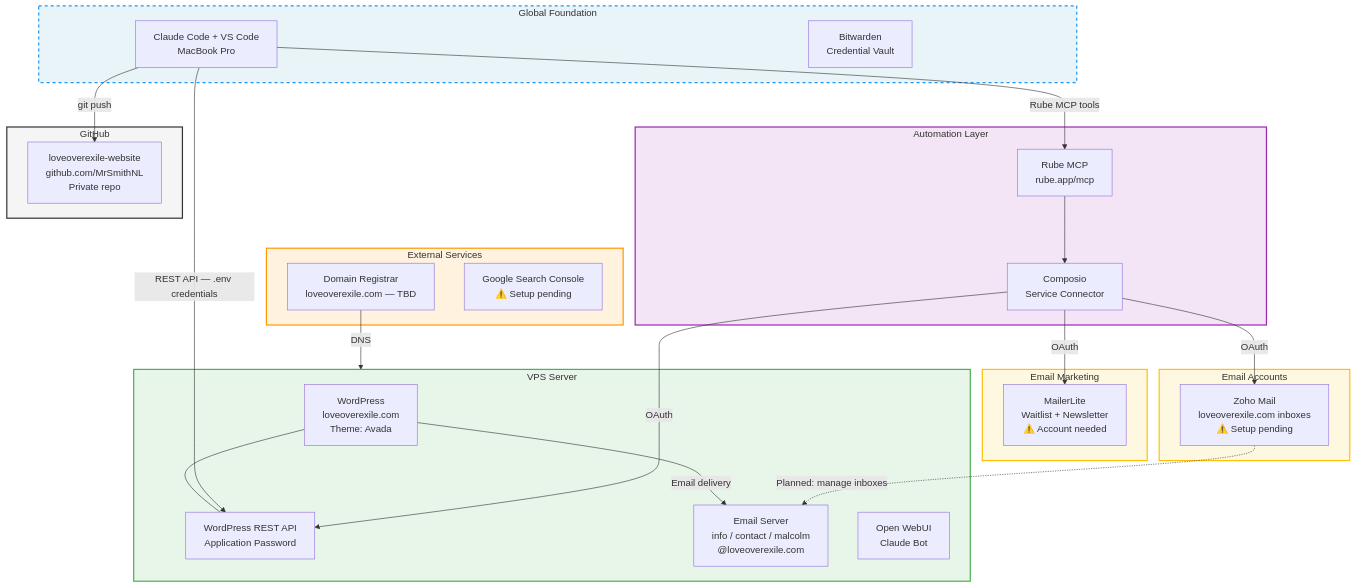
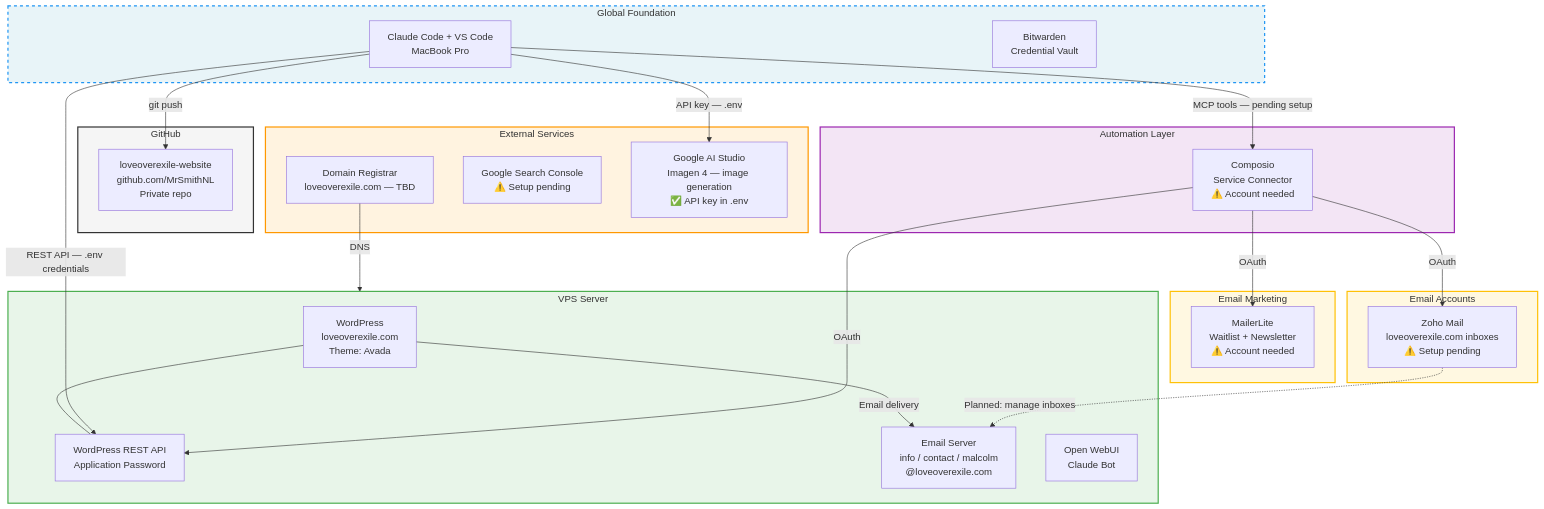
Before and after one commit to MrSmithNL/loveoverexile-website: the diagram in docs/architecture.md, drawn with Mermaid. The commit also changed other lines of this file and 3 other files, not shown here.

First line of the commit message:
WP-005 — Home page images: add Imagen 4 generation + web optimisation pipeline

````diff
--- a/docs/architecture.md
+++ b/docs/architecture.md
@@ -13,56 +13,56 @@
 ```mermaid
 graph TD
     subgraph GLOBAL["Global Foundation"]
         CC[Claude Code + VS Code<br/>MacBook Pro]
         BW[Bitwarden<br/>Credential Vault]
     end
 
     subgraph AUTOMATION["Automation Layer"]
-        RUBE[Rube MCP<br/>rube.app/mcp]
-        COMPOSIO[Composio<br/>Service Connector]
-        RUBE --> COMPOSIO
+        COMPOSIO[Composio<br/>Service Connector<br/>⚠️ Account needed]
     end
 
     subgraph VPS["VPS Server"]
         WP[WordPress<br/>loveoverexile.com<br/>Theme: Avada]
         WPAPI[WordPress REST API<br/>Application Password]
         EMAIL_SRV[Email Server<br/>info / contact / malcolm<br/>@loveoverexile.com]
         OWUI[Open WebUI<br/>Claude Bot]
         WP --- WPAPI
     end
 
     subgraph EMAIL_MARKETING["Email Marketing"]
         ML[MailerLite<br/>Waitlist + Newsletter<br/>⚠️ Account needed]
     end
 
     subgraph EMAIL_ACCOUNTS["Email Accounts"]
         ZOHO[Zoho Mail<br/>loveoverexile.com inboxes<br/>⚠️ Setup pending]
     end
 
     subgraph GITHUB_PROJECT["GitHub"]
         REPO[loveoverexile-website<br/>github.com/MrSmithNL<br/>Private repo]
     end
 
     subgraph EXTERNAL["External Services"]
         DOMAIN[Domain Registrar<br/>loveoverexile.com — TBD]
         GSC[Google Search Console<br/>⚠️ Setup pending]
+        GAIAPI[Google AI Studio<br/>Imagen 4 — image generation<br/>✅ API key in .env]
     end
 
     CC -->|git push| REPO
     CC -->|REST API — .env credentials| WPAPI
-    CC -->|Rube MCP tools| RUBE
+    CC -->|MCP tools — pending setup| COMPOSIO
+    CC -->|API key — .env| GAIAPI
     COMPOSIO -->|OAuth| ZOHO
     COMPOSIO -->|OAuth| ML
     COMPOSIO -->|OAuth| WPAPI
     DOMAIN -->|DNS| VPS
     WP -->|Email delivery| EMAIL_SRV
     ZOHO -.->|Planned: manage inboxes| EMAIL_SRV
 
     style GLOBAL fill:#e8f4f8,stroke:#2196F3,stroke-width:2px,stroke-dasharray:5 5
     style AUTOMATION fill:#f3e5f5,stroke:#9C27B0,stroke-width:2px
     style VPS fill:#e8f5e9,stroke:#4CAF50,stroke-width:2px
     style EMAIL_MARKETING fill:#fff8e1,stroke:#FFC107,stroke-width:2px
     style EMAIL_ACCOUNTS fill:#fff8e1,stroke:#FFC107,stroke-width:2px
     style GITHUB_PROJECT fill:#f5f5f5,stroke:#333,stroke-width:2px
     style EXTERNAL fill:#fff3e0,stroke:#FF9800,stroke-width:2px
 ```
````
